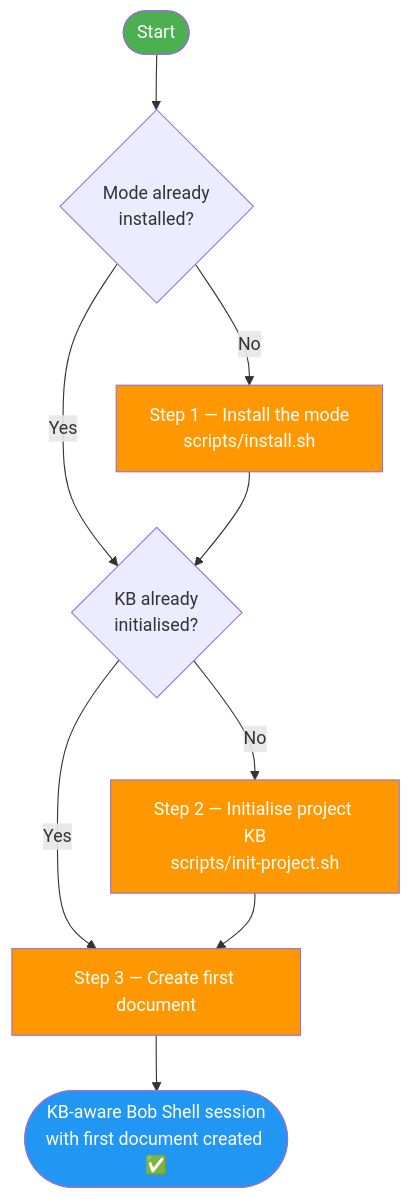
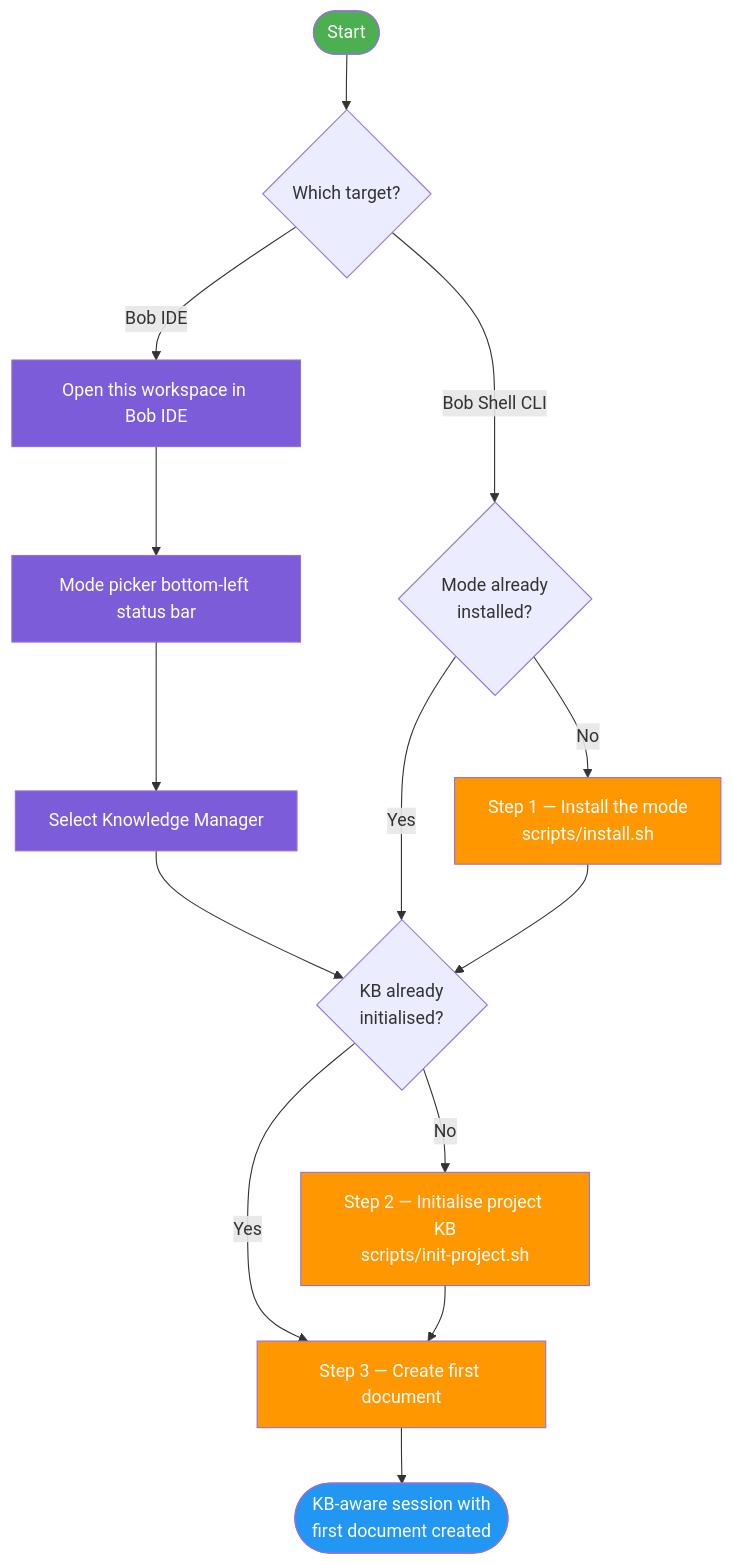
One commit to davidleconte/bob-llmwiki-knowledge-manager changed the diagram in docs/QUICK_START.md. Above: the diagram before and after it, drawn with Mermaid. The commit also changed other lines of this file and 458 other files, not shown here.

Commit message:
chore(.bob): add Bob workspace config, skills, labs, recipes

````diff
--- a/docs/QUICK_START.md
+++ b/docs/QUICK_START.md
@@ -30,22 +30,30 @@
 ```mermaid
 flowchart TD
-    Start([Start]) --> Q1{Mode already\ninstalled?}
+    Start([Start]) --> QTarget{Which target?}
 
+    QTarget -- Bob IDE --> IDE1[Open this workspace in Bob IDE]
+    IDE1 --> IDE2[Mode picker bottom-left status bar]
+    IDE2 --> IDE3[Select Knowledge Manager]
+    IDE3 --> Q2
+
+    QTarget -- Bob Shell CLI --> Q1{Mode already\ninstalled?}
     Q1 -- Yes --> Q2{KB already\ninitialised?}
     Q1 -- No  --> S1[Step 1 — Install the mode\nscripts/install.sh]
-
     S1 --> Q2
 
     Q2 -- Yes --> S3[Step 3 — Create first document]
     Q2 -- No  --> S2[Step 2 — Initialise project KB\nscripts/init-project.sh]
 
     S2 --> S3
 
-    S3 --> End([KB-aware Bob Shell session\nwith first document created ✅])
+    S3 --> End([KB-aware session with\nfirst document created])
 
     style Start fill:#4CAF50,color:#fff
     style End fill:#2196F3,color:#fff
     style S1 fill:#FF9800,color:#fff
     style S2 fill:#FF9800,color:#fff
     style S3 fill:#FF9800,color:#fff
+    style IDE1 fill:#7c5cd8,color:#fff
+    style IDE2 fill:#7c5cd8,color:#fff
+    style IDE3 fill:#7c5cd8,color:#fff
 ```
````
